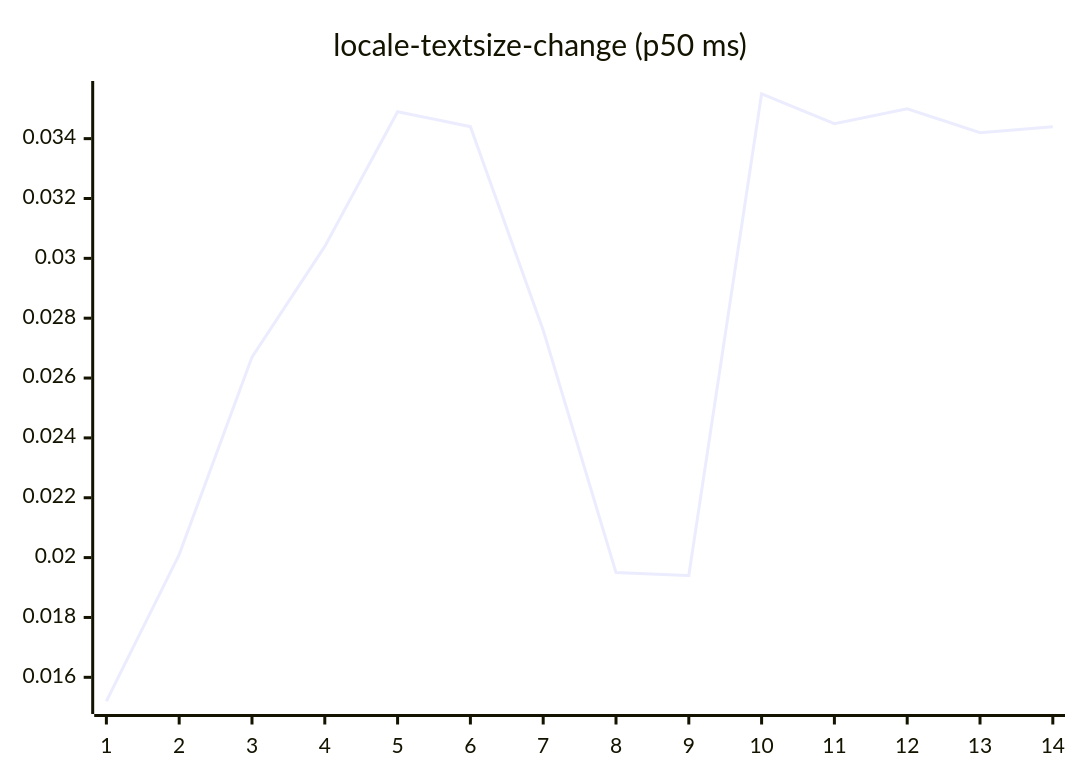
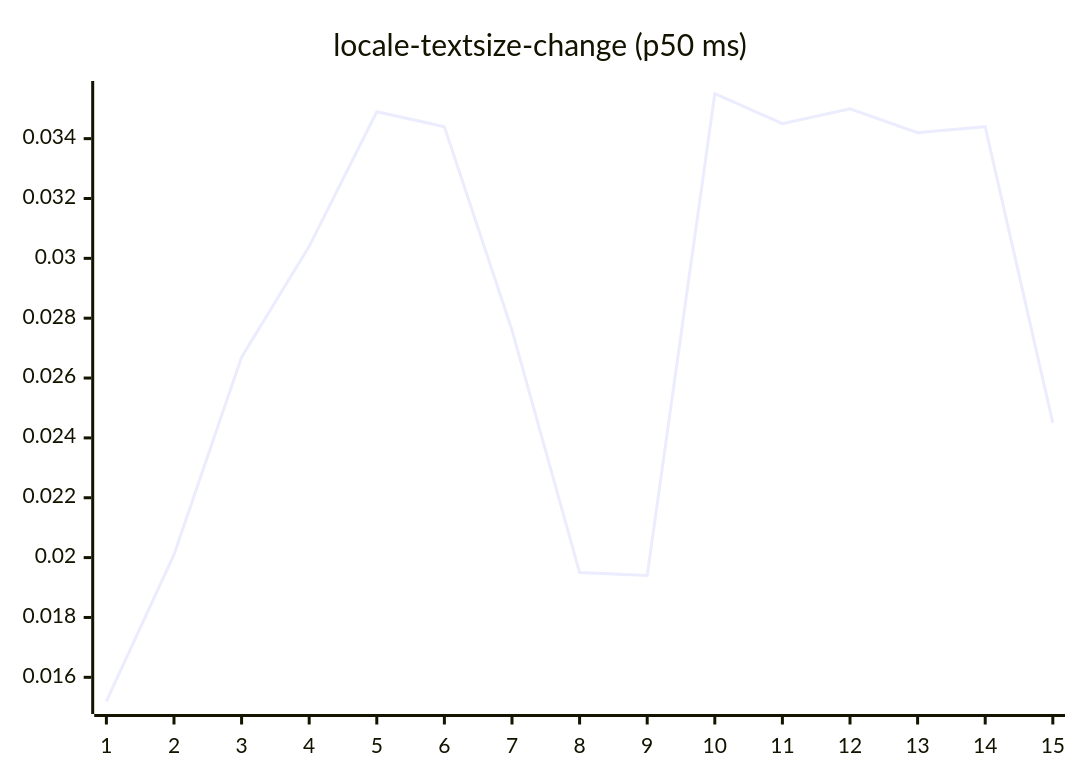
One commit to josha/Facet changed diagram 13 of 27 in README.md. Above: the diagram before and after it, drawn with Mermaid. The commit also changed other lines of this file and 2 other files, not shown here.

````diff
--- a/README.md
+++ b/README.md
@@ -147,6 +147,6 @@
 ```mermaid
 xychart-beta
     title "locale-textsize-change (p50 ms)"
-    x-axis 1 --> 14
-    line [0.0152, 0.0201, 0.0267, 0.0304, 0.0349, 0.0344, 0.0276, 0.0195, 0.0194, 0.0355, 0.0345, 0.0350, 0.0342, 0.0344]
+    x-axis 1 --> 15
+    line [0.0152, 0.0201, 0.0267, 0.0304, 0.0349, 0.0344, 0.0276, 0.0195, 0.0194, 0.0355, 0.0345, 0.0350, 0.0342, 0.0344, 0.0245]
 ```
````
